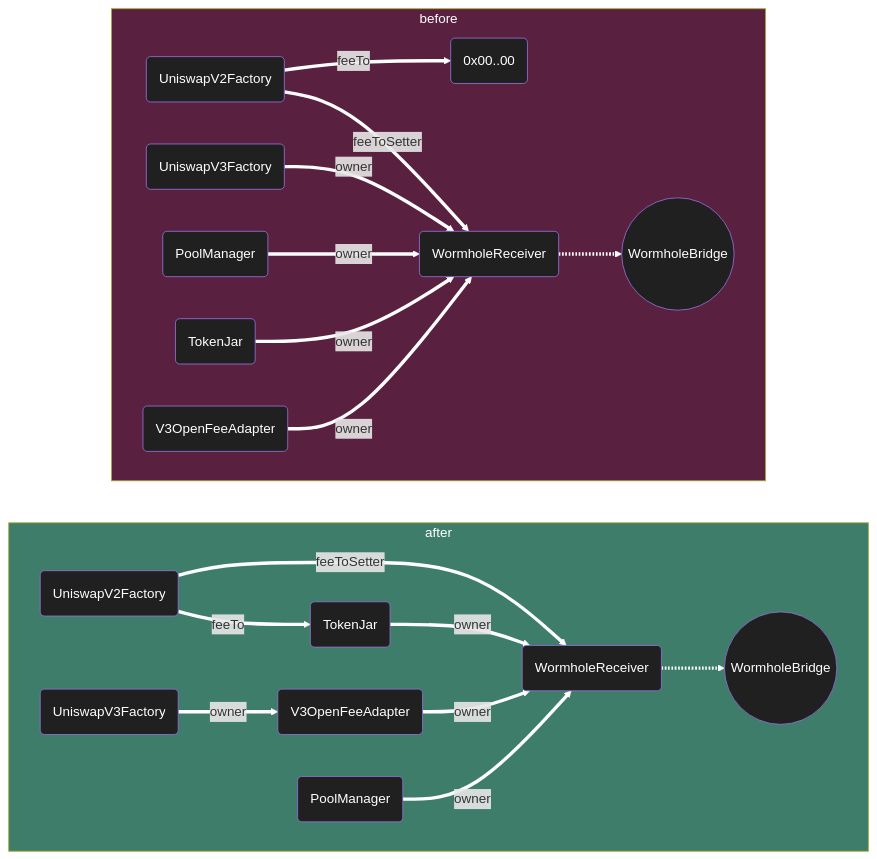
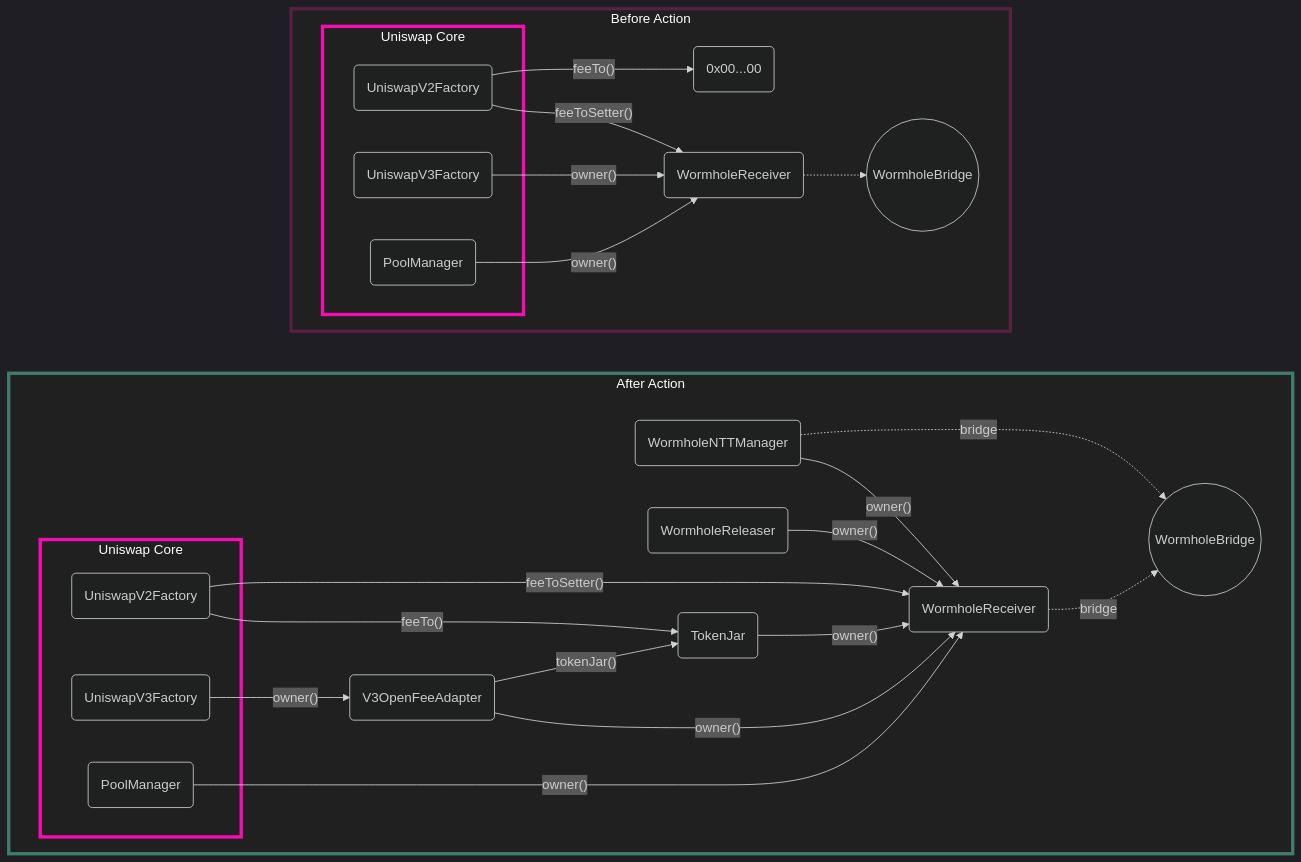
Before and after one commit to Uniswap/protocol-fees: the eighth of 9 diagrams in script/proposal-4/Index.md, drawn with Mermaid. The commit also changed other lines of this file and 1 other file, not shown here.

````diff
--- a/script/proposal-4/Index.md
+++ b/script/proposal-4/Index.md
@@ -675,54 +990,75 @@
 ```mermaid
+---
+config:
+    theme: 'dark'
+---
 flowchart LR
-    subgraph after
+    subgraph after[After Action]
         direction LR
 
         A_UniswapV2Factory(UniswapV2Factory)
         A_UniswapV3Factory(UniswapV3Factory)
         A_PoolManager(PoolManager)
         A_TokenJar(TokenJar)
         A_V3OpenFeeAdapter(V3OpenFeeAdapter)
         A_WormholeReceiver(WormholeReceiver)
+        A_WormhleNTTManager(WormholeNTTManager)
+        A_WormholeReleaser(WormholeReleaser)
         A_WormholeBridge((WormholeBridge))
 
-        A_UniswapV2Factory -->|feeTo| A_TokenJar
-        A_UniswapV2Factory -->|feeToSetter| A_WormholeReceiver
-        A_UniswapV3Factory -->|owner| A_V3OpenFeeAdapter
-        A_TokenJar -->|owner| A_WormholeReceiver
-        A_V3OpenFeeAdapter -->|owner| A_WormholeReceiver
-        A_PoolManager -->|owner| A_WormholeReceiver
+        subgraph A_Core[Uniswap Core]
+            A_UniswapV2Factory
+            A_UniswapV3Factory
+            A_PoolManager
+        end
 
-        A_WormholeReceiver -.-> A_WormholeBridge
+        A_WormhleNTTManager -->|"owner()"| A_WormholeReceiver
+        A_WormhleNTTManager -.->|"bridge"| A_WormholeBridge
+        A_WormholeReleaser -->|"owner()"| A_WormholeReceiver
+        A_TokenJar -->|"owner()"| A_WormholeReceiver
 
+        A_UniswapV2Factory -->|"feeTo()"| A_TokenJar
+        A_UniswapV2Factory -->|"feeToSetter()"| A_WormholeReceiver
+
+        A_UniswapV3Factory -->|"owner()"| A_V3OpenFeeAdapter
+        A_V3OpenFeeAdapter -->|"owner()"| A_WormholeReceiver
+        A_V3OpenFeeAdapter -->|"tokenJar()"| A_TokenJar
+
+        A_PoolManager -->|"owner()"| A_WormholeReceiver
+
+        A_WormholeReceiver -.->|"bridge"| A_WormholeBridge
     end
 
-    subgraph before
+    subgraph before[Before Action]
         direction LR
 
         B_UniswapV2Factory(UniswapV2Factory)
         B_UniswapV3Factory(UniswapV3Factory)
         B_PoolManager(PoolManager)
-        B_TokenJar(TokenJar)
-        B_V3OpenFeeAdapter(V3OpenFeeAdapter)
         B_WormholeReceiver(WormholeReceiver)
         B_WormholeBridge((WormholeBridge))
-        B_Z(0x00..00)
+        B_Z(0x00...00)
 
-        B_UniswapV2Factory -->|feeTo| B_Z
-        B_UniswapV2Factory -->|feeToSetter| B_WormholeReceiver
-        B_UniswapV3Factory -->|owner| B_WormholeReceiver
-        B_PoolManager -->|owner| B_WormholeReceiver
-        B_TokenJar -->|owner| B_WormholeReceiver
-        B_V3OpenFeeAdapter -->|owner| B_WormholeReceiver
+        subgraph B_Core[Uniswap Core]
+            B_UniswapV2Factory
+            B_UniswapV3Factory
+            B_PoolManager
+        end
+
+        B_UniswapV2Factory -->|"feeTo()"| B_Z
+        B_UniswapV2Factory -->|"feeToSetter()"| B_WormholeReceiver
+        B_UniswapV3Factory -->|"owner()"| B_WormholeReceiver
+        B_PoolManager -->|"owner()"| B_WormholeReceiver
 
         B_WormholeReceiver -.-> B_WormholeBridge
     end
 
     before:::before
     after:::after
+    A_Core:::core
+    B_Core:::core
 
-    linkStyle default stroke:#fff,stroke-width:4px
-    classDef default fill:#202020,color:#fff
-    classDef before fill:#59213f,color:#fff
-    classDef after fill:#3d7d69,color:#fff
+    classDef before fill:#202020,color:#fff,stroke:#59213f,stroke-width:4
+    classDef after fill:#202020,color:#fff,stroke:#3d7d69,stroke-width:4
+    classDef core fill:#202020,color:#fff,stroke:#f50db4,stroke-width:4
 ```
````
